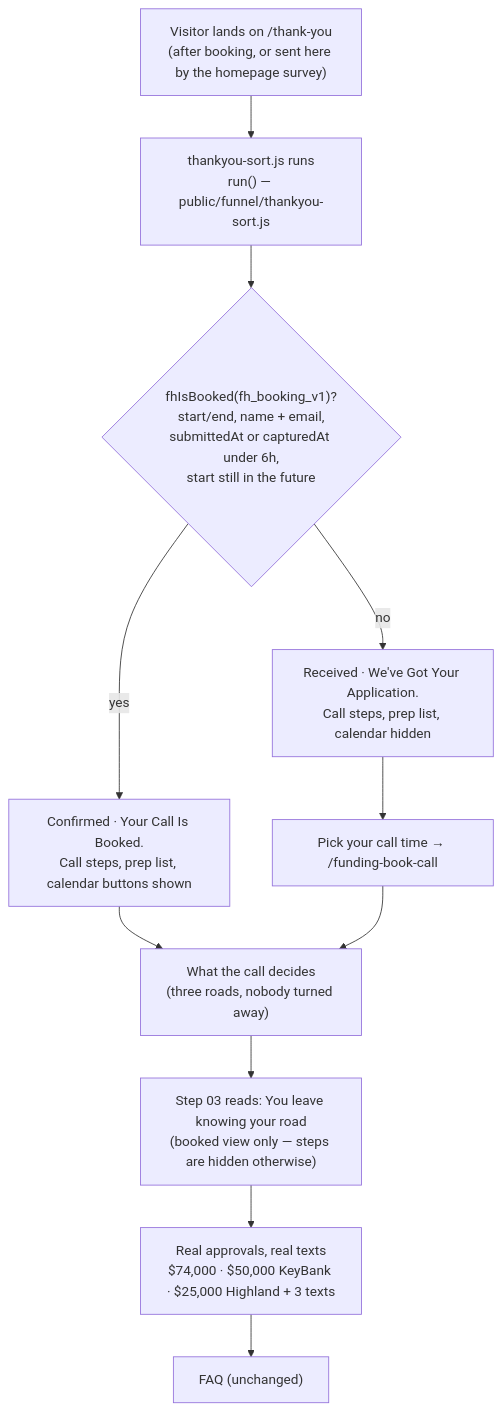
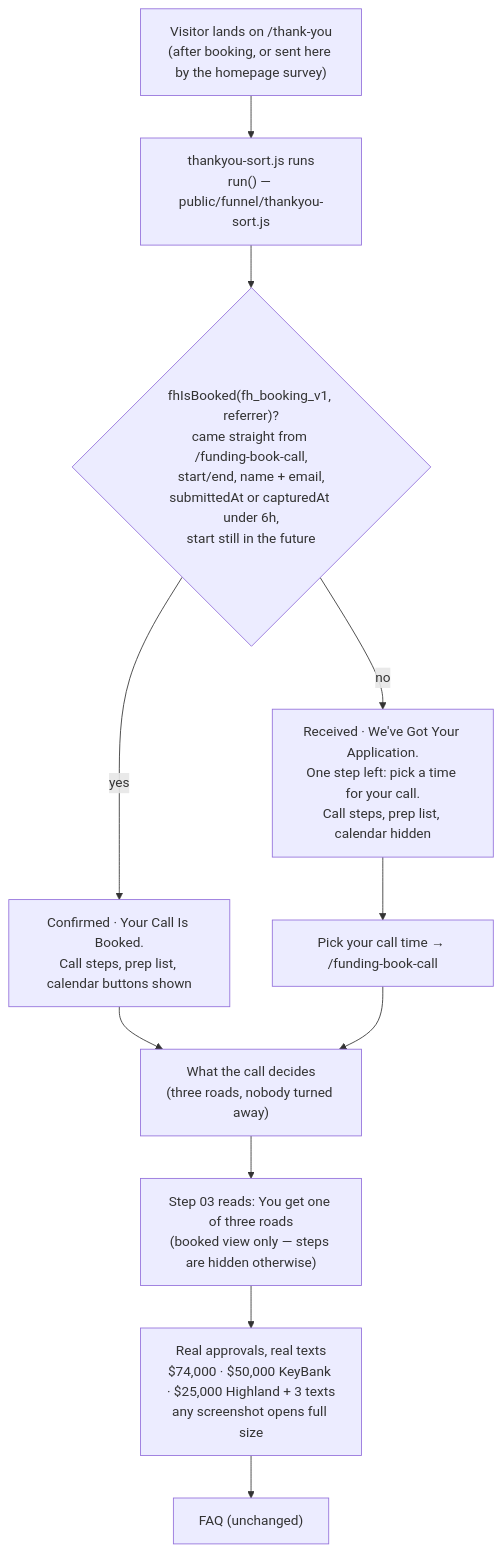
The second of 2 diagrams in docs/journeys/sorting-hat-pages-flow.md (ZootimusMaximusSupreme/Fundhub_ai), drawn with Mermaid before and after one commit. The commit also changed other lines of this file and 8 other files, not shown here.

First line of the commit message:
Fix the watch-proof review: no blind footer append, real booking check, copy, zoom.

````diff
--- a/docs/journeys/sorting-hat-pages-flow.md
+++ b/docs/journeys/sorting-hat-pages-flow.md
@@ -36,13 +37,13 @@
 ```mermaid
 flowchart TD
     A["Visitor lands on /thank-you<br/>(after booking, or sent here by the homepage survey)"] --> B["thankyou-sort.js runs<br/>run() — public/funnel/thankyou-sort.js"]
-    B --> C{"fhIsBooked(fh_booking_v1)?<br/>start/end, name + email,<br/>submittedAt or capturedAt under 6h,<br/>start still in the future"}
+    B --> C{"fhIsBooked(fh_booking_v1, referrer)?<br/>came straight from /funding-book-call,<br/>start/end, name + email,<br/>submittedAt or capturedAt under 6h,<br/>start still in the future"}
     C -->|yes| D["Confirmed · Your Call Is Booked.<br/>Call steps, prep list, calendar buttons shown"]
-    C -->|no| E["Received · We've Got Your Application.<br/>Call steps, prep list, calendar hidden"]
+    C -->|no| E["Received · We've Got Your Application.<br/>One step left: pick a time for your call.<br/>Call steps, prep list, calendar hidden"]
     E --> F["Pick your call time → /funding-book-call"]
     D --> G["What the call decides<br/>(three roads, nobody turned away)"]
     F --> G
-    G --> H["Step 03 reads: You leave knowing your road<br/>(booked view only — steps are hidden otherwise)"]
-    H --> I["Real approvals, real texts<br/>$74,000 · $50,000 KeyBank · $25,000 Highland + 3 texts"]
+    G --> H["Step 03 reads: You get one of three roads<br/>(booked view only — steps are hidden otherwise)"]
+    H --> I["Real approvals, real texts<br/>$74,000 · $50,000 KeyBank · $25,000 Highland + 3 texts<br/>any screenshot opens full size"]
     I --> J["FAQ (unchanged)"]
 ```
````
